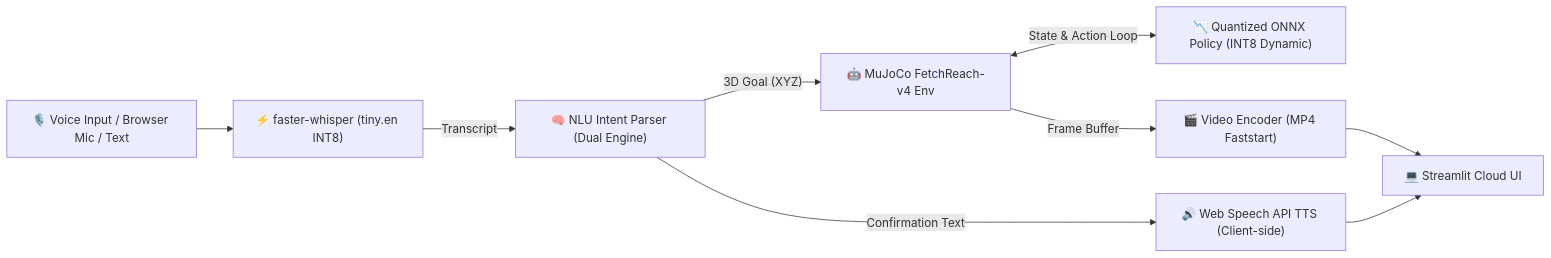
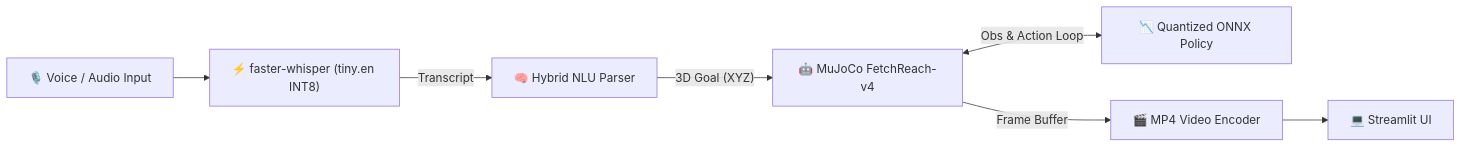
One commit to Saksham-19-cyber/voice-robot-arm-edge changed the diagram in README.md. Above: the diagram before and after it, drawn with Mermaid. The commit also changed other lines of this file and 37 other files, not shown here.

````diff
--- a/README.md
+++ b/README.md
@@ -58,11 +47,9 @@
 ```mermaid
 flowchart LR
-    A["🎙️ Voice Input / Browser Mic / Text"] --> B["⚡ faster-whisper (tiny.en INT8)"]
-    B -->|"Transcript"| C["🧠 NLU Intent Parser (Dual Engine)"]
-    C -->|"3D Goal (XYZ)"| D["🤖 MuJoCo FetchReach-v4 Env"]
-    D <-->|"State & Action Loop"| E["📉 Quantized ONNX Policy (INT8 Dynamic)"]
-    D -->|"Frame Buffer"| F["🎬 Video Encoder (MP4 Faststart)"]
-    C -->|"Confirmation Text"| G["🔊 Web Speech API TTS (Client-side)"]
-    F --> H["💻 Streamlit Cloud UI"]
-    G --> H
+    A["🎙️ Voice / Audio Input"] --> B["⚡ faster-whisper (tiny.en INT8)"]
+    B -->|"Transcript"| C["🧠 Hybrid NLU Parser"]
+    C -->|"3D Goal (XYZ)"| D["🤖 MuJoCo FetchReach-v4"]
+    D <-->|"Obs & Action Loop"| E["📉 Quantized ONNX Policy"]
+    D -->|"Frame Buffer"| F["🎬 MP4 Video Encoder"]
+    F --> G["💻 Streamlit UI"]
 ```
````
